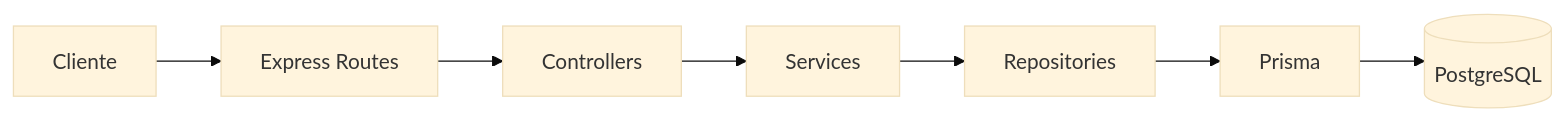
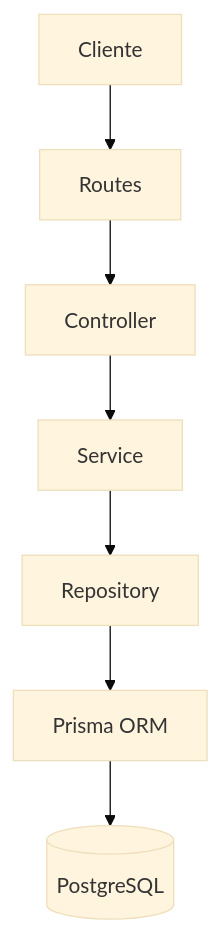
One commit to viniciusgodoy88/tech-challenge-blog2 changed the ninth of 12 diagrams in README.md. Above: the diagram before and after it, drawn with Mermaid (base theme). The commit also changed other lines of this file, not shown here.

````diff
--- a/README.md
+++ b/README.md
@@ -11,9 +1979,17 @@
-``` mermaid
-flowchart LR
-A[Cliente]-->B[Express Routes]
-B-->C[Controllers]
-C-->D[Services]
-D-->E[Repositories]
-E-->F[Prisma]
-F-->G[(PostgreSQL)]
+```mermaid
+flowchart TD
+
+A[Cliente]
+
+A --> B[Routes]
+
+B --> C[Controller]
+
+C --> D[Service]
+
+D --> E[Repository]
+
+E --> F[Prisma ORM]
+
+F --> G[(PostgreSQL)]
 ```
````
